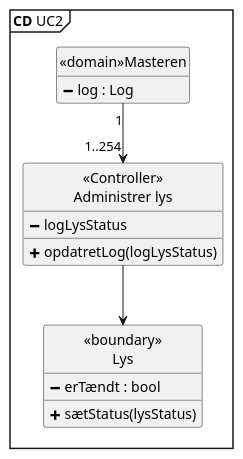
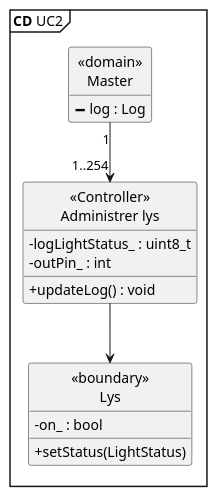
The diagram in Updated SysML/Software Arkitektur-Design/UC2 AM/CD UC2.puml (Tukkel/Projekt_2), drawn with PlantUML before and after one commit. The commit also changed 7 other files, not shown here.

Commit message:
opdateret diagrammer, engelsk

```diff
--- a/Updated SysML/Software Arkitektur-Design/UC2 AM/CD UC2.puml
+++ b/Updated SysML/Software Arkitektur-Design/UC2 AM/CD UC2.puml
@@ -1,25 +1,27 @@
 @startuml CD
 skinparam style strictuml
+skinparam classAttributeIconSize 0
 hide empty members
 
 mainframe **CD** UC2
 
 class "<<Controller>>\nAdministrer lys" as AL {
-    <&minus> logLysStatus
-    <&plus> opdatretLog(logLysStatus)
+    - logLightStatus_ : uint8_t
+    - outPin_ : int
+    + updateLog() : void
 }
 
 class "<<boundary>>\nLys" as L {
-    <&minus> erTændt : bool
-    <&plus> sætStatus(lysStatus)
+    - on_ : bool
+    + setStatus(LightStatus)
 }
 
-class "<<domain>>Masteren" as M{
+class "<<domain>>\nMaster" as M{
     <&minus> log : Log
 }
 
 M "1" --> "1..254" AL
 AL  -->  L
 
 
 @enduml
```
